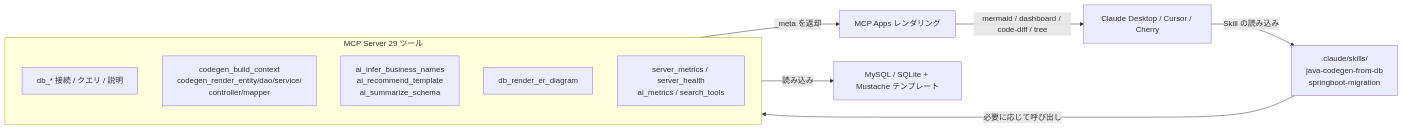
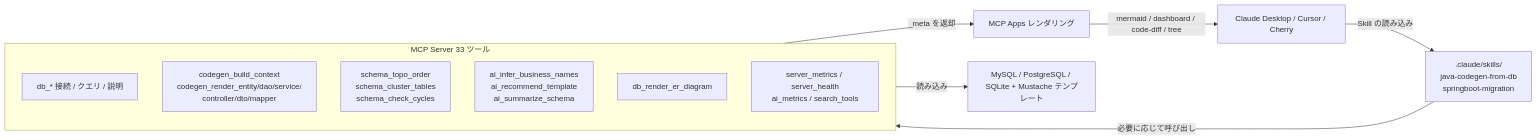
Before and after one commit to ZhaoXingPeng/DBJavaGenix: the diagram in README.ja-JP.md, drawn with Mermaid. The commit also changed other lines of this file and 9 other files, not shown here.

````diff
--- a/README.ja-JP.md
+++ b/README.ja-JP.md
@@ -10,19 +10,20 @@
 ```mermaid
 graph LR
     Client[Claude Desktop / Cursor / Cherry] -->|Skill の読み込み| Skills
     Skills[".claude/skills/<br/>java-codegen-from-db<br/>springboot-migration"]
     Skills -->|必要に応じて呼び出し| MCP
 
-    subgraph MCP[MCP Server 29 ツール]
+    subgraph MCP[MCP Server 33 ツール]
         direction TB
         DB[db_* 接続 / クエリ / 説明]
-        Atom[codegen_build_context<br/>codegen_render_entity/dao/service/<br/>controller/mapper]
+        Atom[codegen_build_context<br/>codegen_render_entity/dao/service/<br/>controller/dto/mapper]
+        Graph[schema_topo_order<br/>schema_cluster_tables<br/>schema_check_cycles]
         AI[ai_infer_business_names<br/>ai_recommend_template<br/>ai_summarize_schema]
         Vis[db_render_er_diagram]
         Obs[server_metrics / server_health<br/>ai_metrics / search_tools]
     end
 
     MCP -->|_meta を返却| Apps[MCP Apps レンダリング]
     Apps -->|mermaid / dashboard / code-diff / tree| Client
-    MCP -->|読み込み| Data[MySQL / SQLite + Mustache テンプレート]
+    MCP -->|読み込み| Data[MySQL / PostgreSQL / SQLite + Mustache テンプレート]
 ```
````
